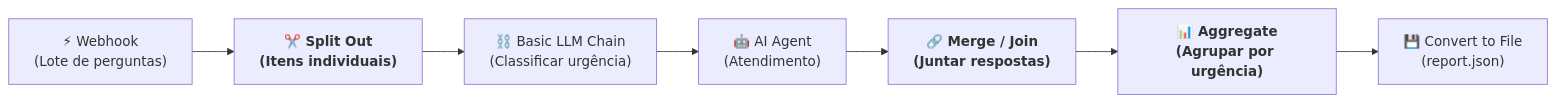
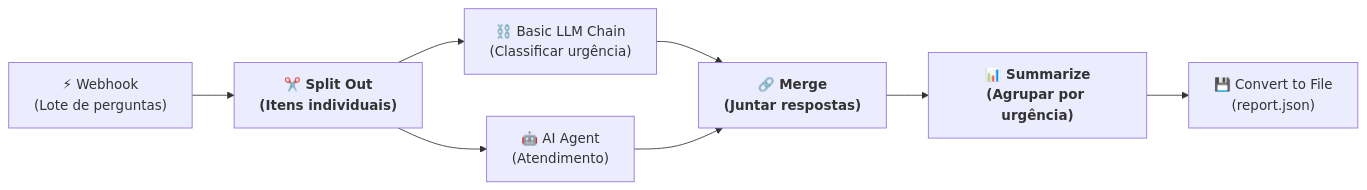
One commit to jcguimaraesnet/course-intelligent-agents changed the diagram in pages/n8n/slide-etapa6.md. Above: the diagram before and after it, drawn with Mermaid.

Commit message:
docs(n8n): atualizar diagrama mermaid na etapa 6 para bifurcar em paralelo

````diff
--- a/pages/n8n/slide-etapa6.md
+++ b/pages/n8n/slide-etapa6.md
@@ -21,12 +21,13 @@
 ```mermaid {theme: 'dark'}
 flowchart LR
     A["⚡ Webhook<br/>(Lote de perguntas)"] --> B["✂️ Split Out<br/>(Itens individuais)"]
     B --> C["⛓️ Basic LLM Chain<br/>(Classificar urgência)"]
-    C --> E["🤖 AI Agent<br/>(Atendimento)"]
-    E --> H["🔗 Merge / Join<br/>(Juntar respostas)"]
-    H --> I["📊 Aggregate<br/>(Agrupar por urgência)"]
+    B --> E["🤖 AI Agent<br/>(Atendimento)"]
+    C --> H["🔗 Merge<br/>(Juntar respostas)"]
+    E --> H
+    H --> I["📊 Summarize<br/>(Agrupar por urgência)"]
     I --> J["💾 Convert to File<br/>(report.json)"]
 style B fill:stroke:#f59e0b,font-weight:bold
 style H fill:stroke:#f59e0b,font-weight:bold
 style I fill:stroke:#f59e0b,font-weight:bold
 ```
````
